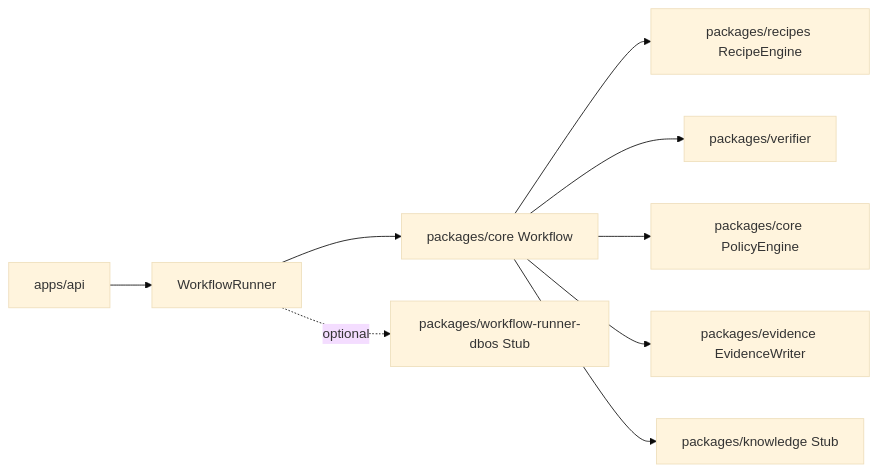
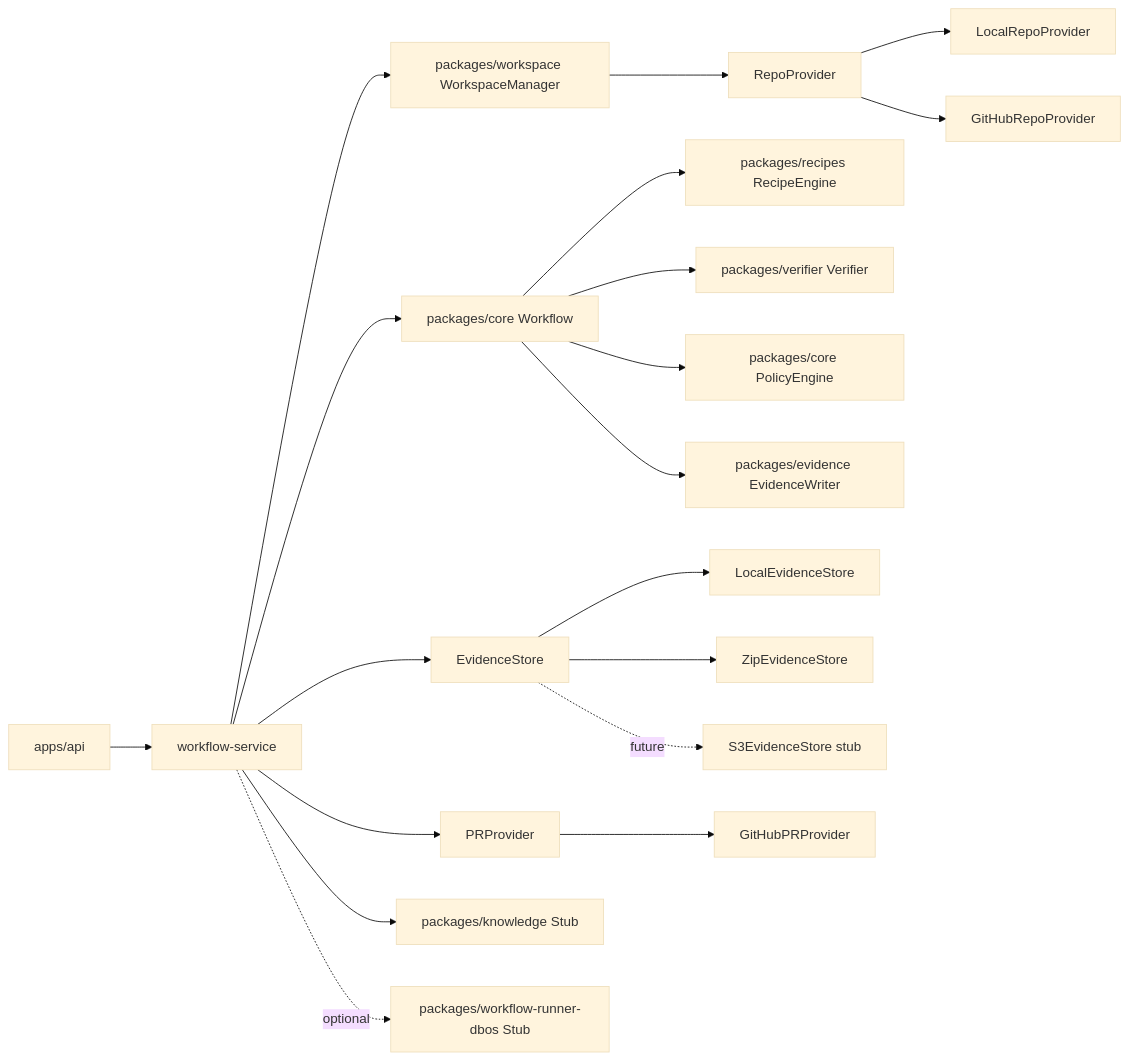
One commit to Coreledger-tech/code-porter changed the first of 2 diagrams in docs/ARCHITECTURE.md. Above: the diagram before and after it, drawn with Mermaid (base theme). The commit also changed other lines of this file and 1 other file, not shown here.

Commit message:
docs: add V1 alpha architecture and execution plan

````diff
--- a/docs/ARCHITECTURE.md
+++ b/docs/ARCHITECTURE.md
@@ -4,11 +4,21 @@
 ```mermaid
 flowchart LR
-  API[apps/api] --> Runner[WorkflowRunner]
-  Runner --> Core[packages/core Workflow]
-  Core --> Recipes[packages/recipes RecipeEngine]
-  Core --> Verifier[packages/verifier]
-  Core --> Policy[packages/core PolicyEngine]
-  Core --> Evidence[packages/evidence EvidenceWriter]
-  Core --> Know[packages/knowledge Stub]
-  Runner -. optional .-> DBOS[packages/workflow-runner-dbos Stub]
+  API[apps/api] --> SVC[workflow-service]
+  SVC --> WM[packages/workspace WorkspaceManager]
+  WM --> RP[RepoProvider]
+  RP --> LRP[LocalRepoProvider]
+  RP --> GRP[GitHubRepoProvider]
+  SVC --> CORE[packages/core Workflow]
+  CORE --> REC[packages/recipes RecipeEngine]
+  CORE --> VER[packages/verifier Verifier]
+  CORE --> POL[packages/core PolicyEngine]
+  CORE --> EW[packages/evidence EvidenceWriter]
+  SVC --> ES[EvidenceStore]
+  ES --> LES[LocalEvidenceStore]
+  ES --> ZES[ZipEvidenceStore]
+  ES -. future .-> SES[S3EvidenceStore stub]
+  SVC --> PR[PRProvider]
+  PR --> GPR[GitHubPRProvider]
+  SVC --> KNOW[packages/knowledge Stub]
+  SVC -. optional .-> DBOS[packages/workflow-runner-dbos Stub]
 ```
````
